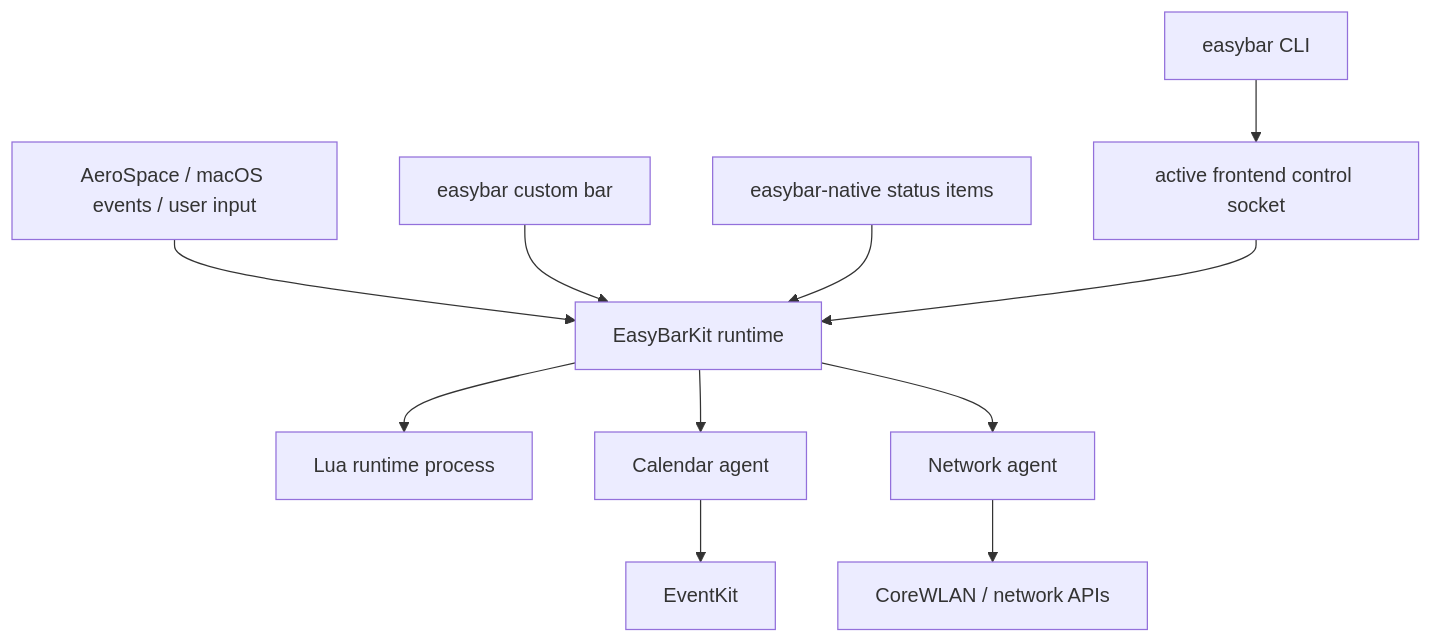
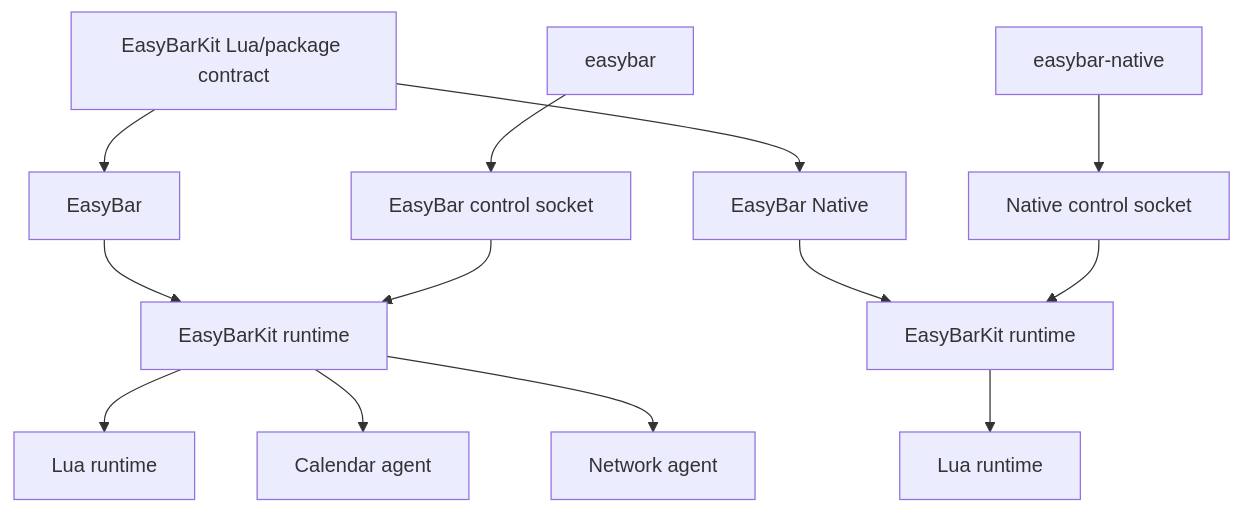
One commit to easybar-app/docs changed the diagram in content/internals/architecture/overview.md. Above: the diagram before and after it, drawn with Mermaid. The commit also changed other lines of this file and 101 other files, not shown here.

````diff
--- a/content/internals/architecture/overview.md
+++ b/content/internals/architecture/overview.md
@@ -18,17 +20,19 @@
 ```mermaid
 flowchart TB
-    Input["AeroSpace / macOS events / user input"] --> Kit["EasyBarKit runtime"]
+    LuaContract["EasyBarKit Lua/package contract"] --> EasyBar["EasyBar"]
+    LuaContract --> Native["EasyBar Native"]
 
-    Custom["easybar custom bar"] --> Kit
-    Native["easybar-native status items"] --> Kit
+    EasyBar --> EasyBarRuntime["EasyBarKit runtime"]
+    Native --> NativeRuntime["EasyBarKit runtime"]
 
-    Kit --> Lua["Lua runtime process"]
-    Kit --> Calendar["Calendar agent"]
-    Kit --> Network["Network agent"]
+    EasyBarRuntime --> EasyBarLua["Lua runtime"]
+    NativeRuntime --> NativeLua["Lua runtime"]
 
-    Calendar --> EventKit["EventKit"]
-    Network --> CoreWLAN["CoreWLAN / network APIs"]
+    EasyBarRuntime --> Calendar["Calendar agent"]
+    EasyBarRuntime --> Network["Network agent"]
 
-    CLI["easybar CLI"] --> Control["active frontend control socket"]
-    Control --> Kit
+    EasyBarCLI["easybar"] --> EasyBarSocket["EasyBar control socket"]
+    NativeCLI["easybar-native"] --> NativeSocket["Native control socket"]
+    EasyBarSocket --> EasyBarRuntime
+    NativeSocket --> NativeRuntime
 ```
````
